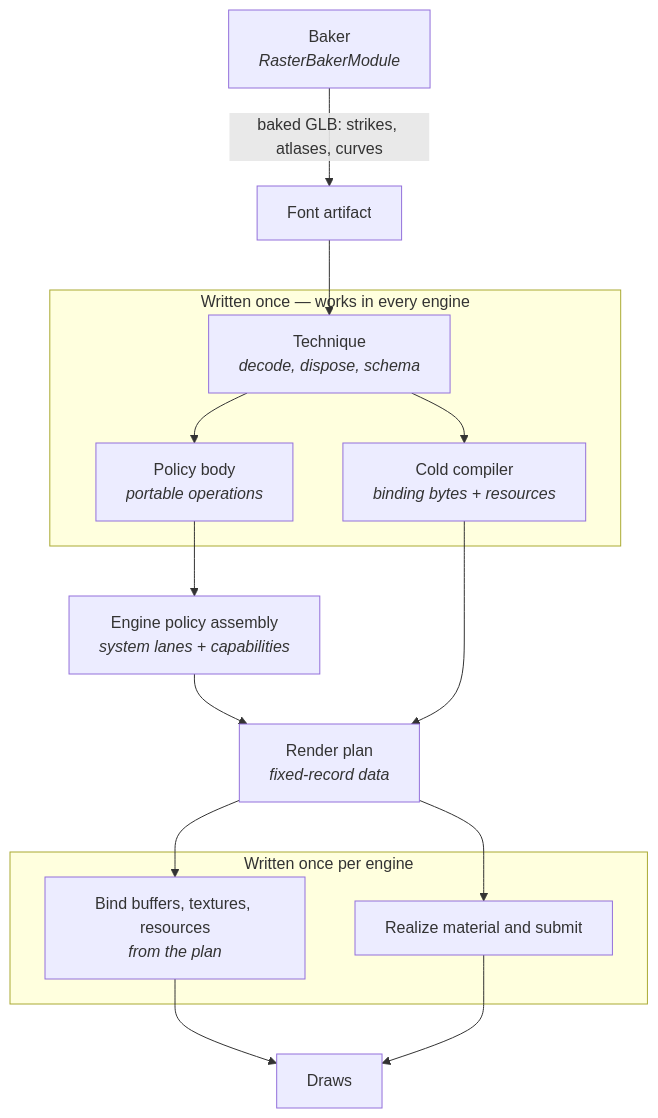
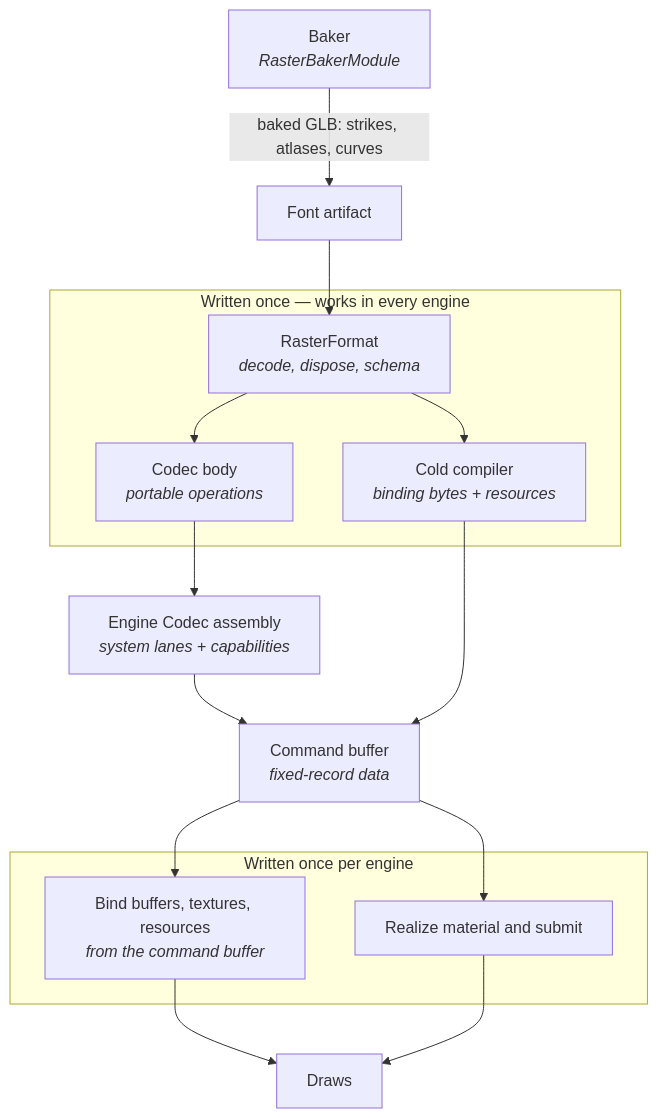
The second of 2 diagrams in README.md (alvarosabu/glyph), drawn with Mermaid before and after one commit. The commit also changed other lines of this file and 672 other files, not shown here.

````diff
--- a/README.md
+++ b/README.md
@@ -339,19 +347,19 @@
 ```mermaid
 flowchart TD
   baker["Baker<br/><i>RasterBakerModule</i>"] -->|"baked GLB: strikes, atlases, curves"| artifact["Font artifact"]
-  artifact --> technique
+  artifact --> raster
   subgraph portable["Written once — works in every engine"]
-    technique["Technique<br/><i>decode, dispose, schema</i>"]
-    policy["Policy body<br/><i>portable operations</i>"]
+    raster["RasterFormat<br/><i>decode, dispose, schema</i>"]
+    codec["Codec body<br/><i>portable operations</i>"]
     binding["Cold compiler<br/><i>binding bytes + resources</i>"]
   end
-  technique --> policy --> assemble["Engine policy assembly<br/><i>system lanes + capabilities</i>"]
-  assemble --> plan["Render plan<br/><i>fixed-record data</i>"]
-  technique --> binding --> plan
+  raster --> codec --> assemble["Engine Codec assembly<br/><i>system lanes + capabilities</i>"]
+  assemble --> commands["Command buffer<br/><i>fixed-record data</i>"]
+  raster --> binding --> commands
   subgraph engine["Written once per engine"]
-    gpu["Bind buffers, textures, resources<br/><i>from the plan</i>"]
+    gpu["Bind buffers, textures, resources<br/><i>from the command buffer</i>"]
     material["Realize material and submit"]
   end
-  plan --> gpu --> draw["Draws"]
-  plan --> material --> draw
+  commands --> gpu --> draw["Draws"]
+  commands --> material --> draw
 ```
````
